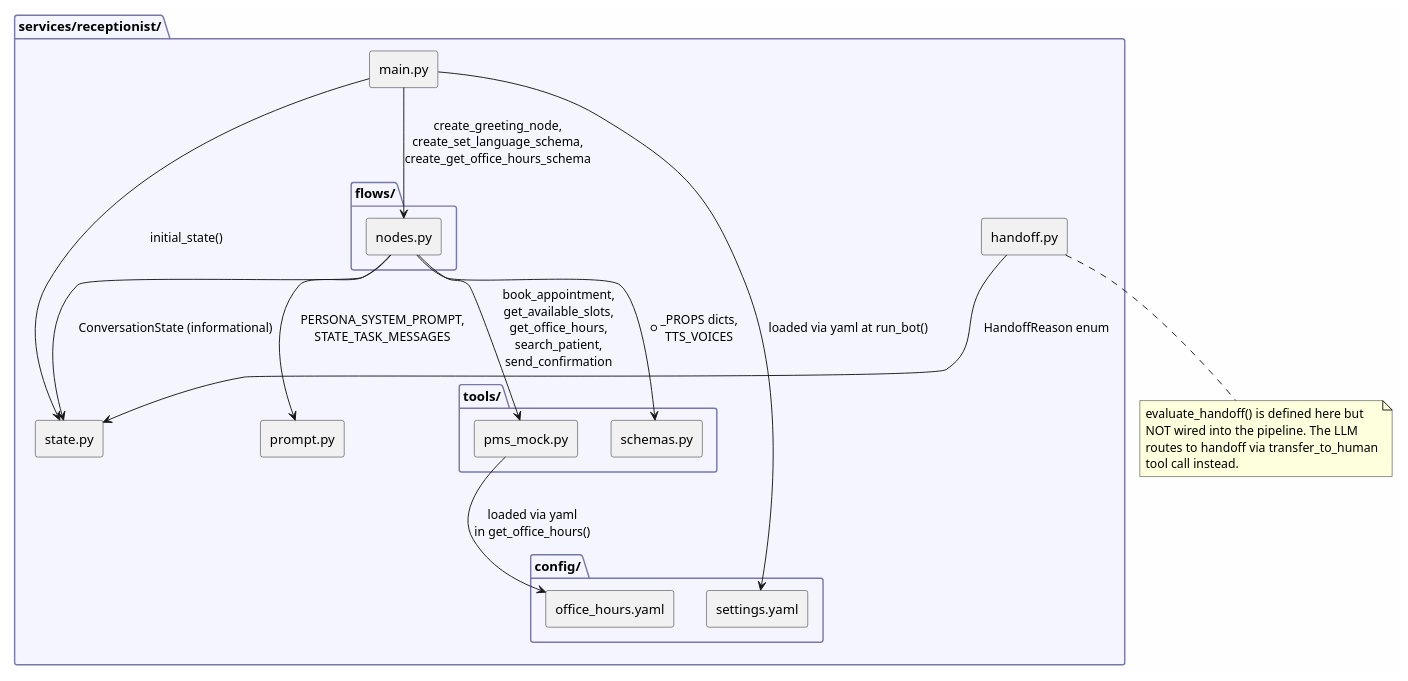
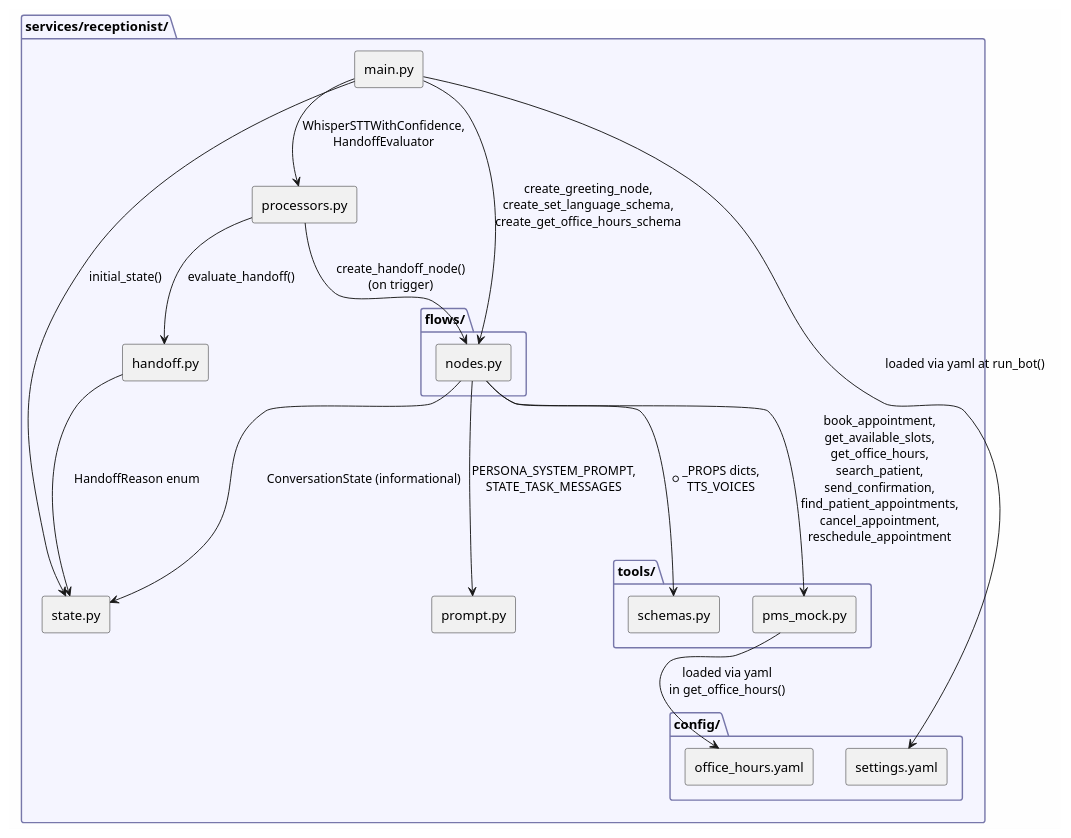
Before and after one commit to pweig/agent-receptionist: the sixth of 8 diagrams in docs/architecture.adoc, drawn with PlantUML. The commit also changed other lines of this file and 22 other files, not shown here.

```diff
--- a/docs/architecture.adoc
+++ b/docs/architecture.adoc
@@ -310,52 +318,49 @@
 [plantuml,module-structure,svg]
 ....
 @startuml
 skinparam backgroundColor #FEFEFE
 skinparam componentStyle rectangle
 skinparam packageBackgroundColor #F5F5FF
 skinparam packageBorderColor #7777AA
 
 package "services/receptionist/" {
 
   [main.py] as Main
   [prompt.py] as Prompt
   [state.py] as State
   [handoff.py] as Handoff
+  [processors.py] as Processors
 
   package "flows/" {
     [nodes.py] as Nodes
   }
 
   package "tools/" {
     [pms_mock.py] as PMS
     [schemas.py] as Schemas
   }
 
   package "config/" {
     [settings.yaml] as Settings
     [office_hours.yaml] as OfficeHours
   }
 }
 
 Main --> Nodes : create_greeting_node,\ncreate_set_language_schema,\ncreate_get_office_hours_schema
 Main --> State : initial_state()
 Main --> Settings : loaded via yaml at run_bot()
 
-Nodes --> PMS : book_appointment,\nget_available_slots,\nget_office_hours,\nsearch_patient,\nsend_confirmation
+Nodes --> PMS : book_appointment,\nget_available_slots,\nget_office_hours,\nsearch_patient,\nsend_confirmation,\nfind_patient_appointments,\ncancel_appointment,\nreschedule_appointment
 Nodes --> Schemas : *_PROPS dicts,\nTTS_VOICES
 Nodes --> Prompt : PERSONA_SYSTEM_PROMPT,\nSTATE_TASK_MESSAGES
 Nodes --> State : ConversationState (informational)
 
 Handoff --> State : HandoffReason enum
+Processors --> Handoff : evaluate_handoff()
+Processors --> Nodes : create_handoff_node()\n(on trigger)
+Main --> Processors : WhisperSTTWithConfidence,\nHandoffEvaluator
 
 PMS --> OfficeHours : loaded via yaml\nin get_office_hours()
 
-note bottom of Handoff
-  evaluate_handoff() is defined here but
-  NOT wired into the pipeline. The LLM
-  routes to handoff via transfer_to_human
-  tool call instead.
-end note
-
 @enduml
 ....
```
